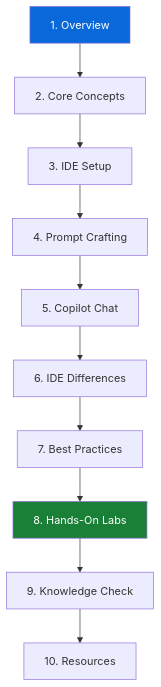
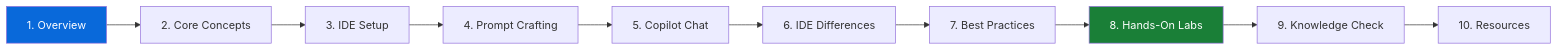
Before and after one commit to jmassardo/github-training: the second of 2 diagrams in advanced/module-13/overview.md, drawn with Mermaid. The commit also changed other lines of this file and 214 other files, not shown here.

````diff
--- a/advanced/module-13/overview.md
+++ b/advanced/module-13/overview.md
@@ -175,16 +185,15 @@
-```mermaid
-flowchart TD
+<div class="mermaid">
+flowchart LR
     A[1. Overview] --> B[2. Core Concepts]
     B --> C[3. IDE Setup]
     C --> D[4. Prompt Crafting]
     D --> E[5. Copilot Chat]
     E --> F[6. IDE Differences]
     F --> G[7. Best Practices]
     G --> H[8. Hands-On Labs]
     H --> I[9. Knowledge Check]
     I --> J[10. Resources]
     
     style A fill:#0969da,color:#fff
     style H fill:#1a7f37,color:#fff
-
-```
+</div>
````
